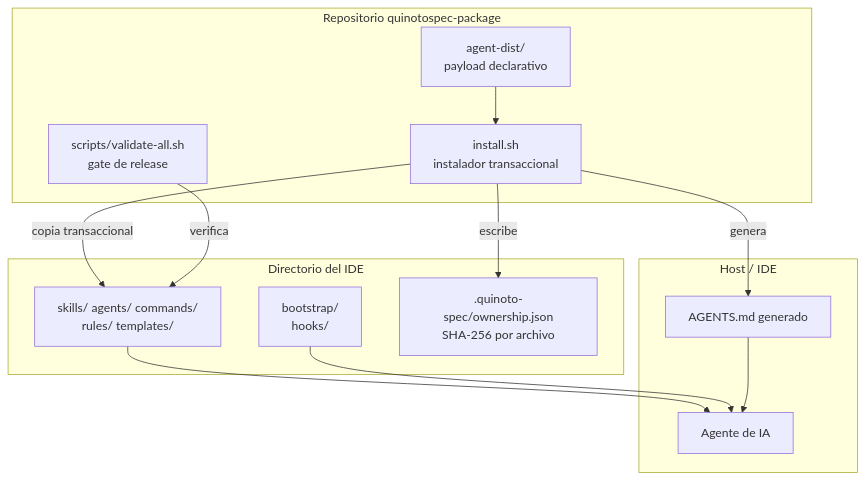
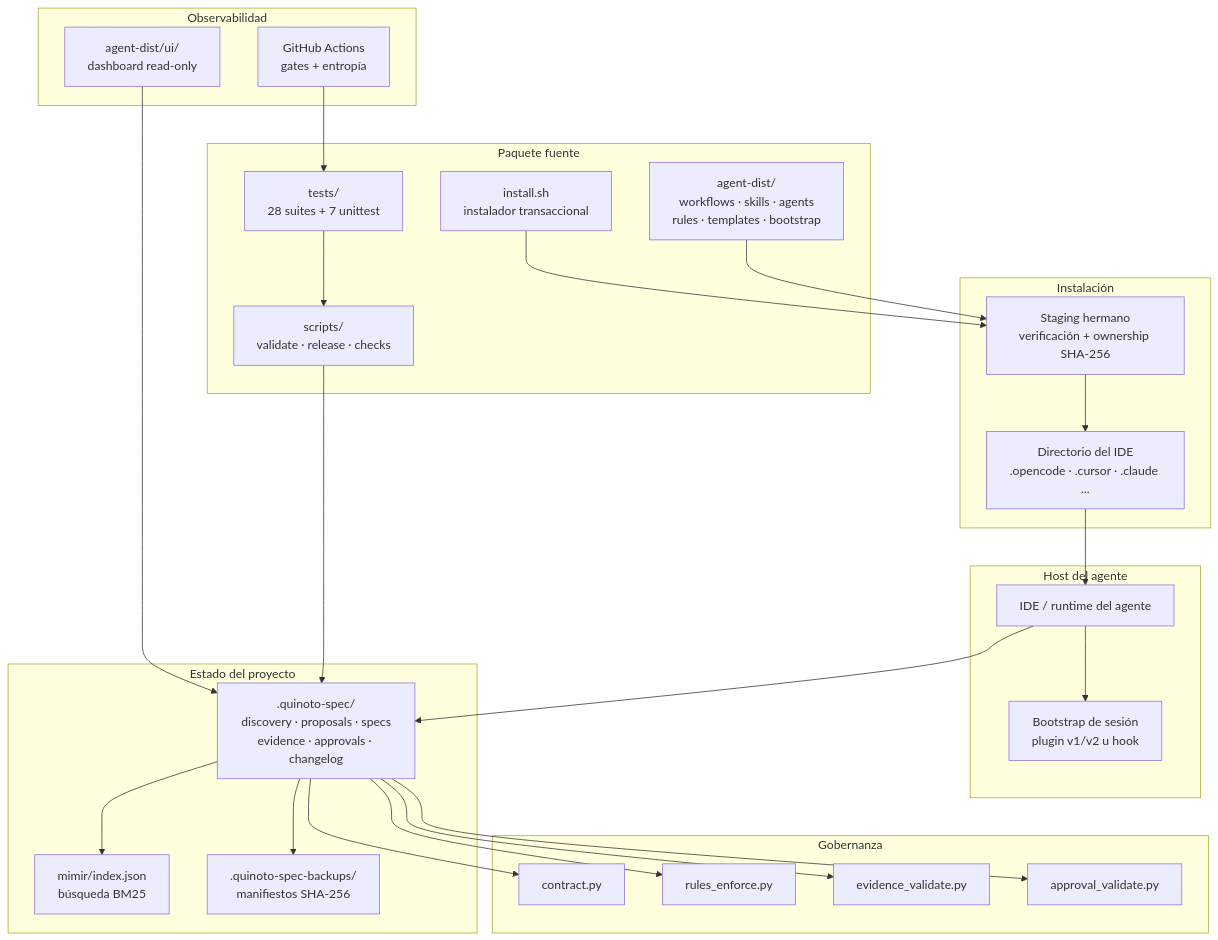
One commit to Quinoto-Tech/QuinotoSpec changed the first of 4 diagrams in .quinoto-spec/discovery/03-architecture.md. Above: the diagram before and after it, drawn with Mermaid. The commit also changed other lines of this file and 8 other files, not shown here.

First line of the commit message:
docs(discovery): refrescar los 8 archivos de contexto del paquete

````diff
--- a/.quinoto-spec/discovery/03-architecture.md
+++ b/.quinoto-spec/discovery/03-architecture.md
@@ -13,25 +25,53 @@
 ```mermaid
-graph TD
-    subgraph Repo["Repositorio quinotospec-package"]
-        INST["install.sh<br/>instalador transaccional"]
-        DIST["agent-dist/<br/>payload declarativo"]
-        VAL["scripts/validate-all.sh<br/>gate de release"]
+flowchart TB
+    subgraph Fuente["Paquete fuente"]
+        INSTALL["install.sh<br/>instalador transaccional"]
+        DIST["agent-dist/<br/>workflows · skills · agents<br/>rules · templates · bootstrap"]
+        SCRIPTS["scripts/<br/>validate · release · checks"]
+        TESTS["tests/<br/>28 suites + 7 unittest"]
     end
-    subgraph Target["Directorio del IDE"]
-        CFG["skills/ agents/ commands/<br/>rules/ templates/"]
-        BOOT["bootstrap/<br/>hooks/"]
-        MNF[".quinoto-spec/ownership.json<br/>SHA-256 por archivo"]
+
+    subgraph Instalacion["Instalación"]
+        STAGE["Staging hermano<br/>verificación + ownership SHA-256"]
+        TARGET["Directorio del IDE<br/>.opencode · .cursor · .claude ..."]
     end
-    subgraph Host["Host / IDE"]
-        AGENT["Agente de IA"]
-        RULES["AGENTS.md generado"]
+
+    subgraph Host["Host del agente"]
+        IDE["IDE / runtime del agente"]
+        BOOT["Bootstrap de sesión<br/>plugin v1/v2 u hook"]
     end
-    INST -->|copia transaccional| CFG
-    INST -->|genera| RULES
-    INST -->|escribe| MNF
-    DIST --> INST
-    VAL -->|verifica| CFG
-    CFG --> AGENT
-    BOOT --> AGENT
-    RULES --> AGENT
+
+    subgraph Estado["Estado del proyecto"]
+        QSPEC[".quinoto-spec/<br/>discovery · proposals · specs<br/>evidence · approvals · changelog"]
+        MIMIR["mimir/index.json<br/>búsqueda BM25"]
+        BACKUP[".quinoto-spec-backups/<br/>manifiestos SHA-256"]
+    end
+
+    subgraph Gobernanza["Gobernanza"]
+        CONTRACT["contract.py"]
+        RULES["rules_enforce.py"]
+        EVIDENCE["evidence_validate.py"]
+        APPROVAL["approval_validate.py"]
+    end
+
+    subgraph Observabilidad["Observabilidad"]
+        UI["agent-dist/ui/<br/>dashboard read-only"]
+        CI["GitHub Actions<br/>gates + entropía"]
+    end
+
+    INSTALL --> STAGE --> TARGET
+    DIST --> STAGE
+    TARGET --> IDE
+    IDE --> BOOT
+    IDE --> QSPEC
+    QSPEC --> CONTRACT
+    QSPEC --> RULES
+    QSPEC --> EVIDENCE
+    QSPEC --> APPROVAL
+    QSPEC --> MIMIR
+    QSPEC --> BACKUP
+    UI --> QSPEC
+    SCRIPTS --> QSPEC
+    TESTS --> SCRIPTS
+    CI --> TESTS
 ```
````
